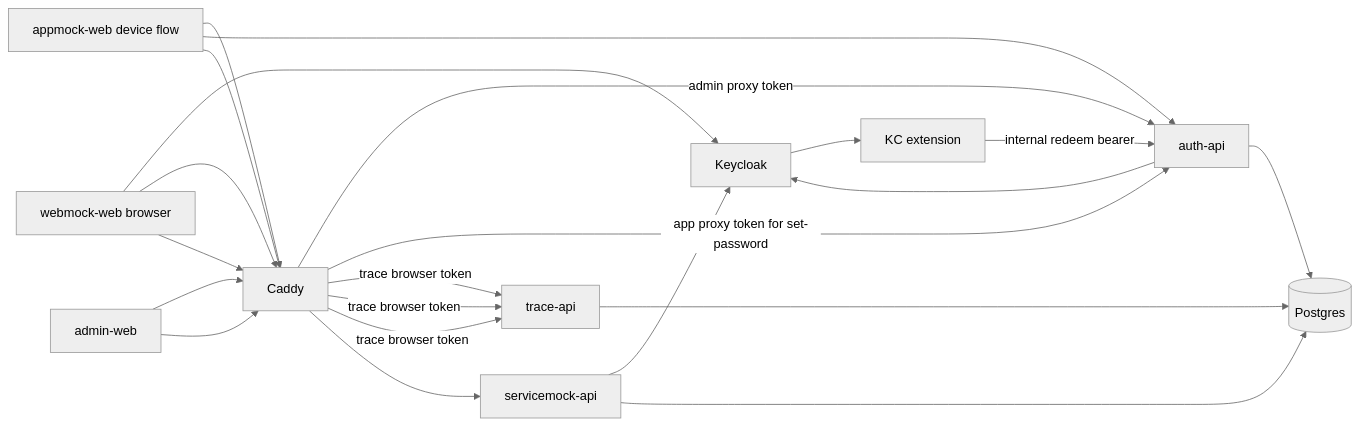
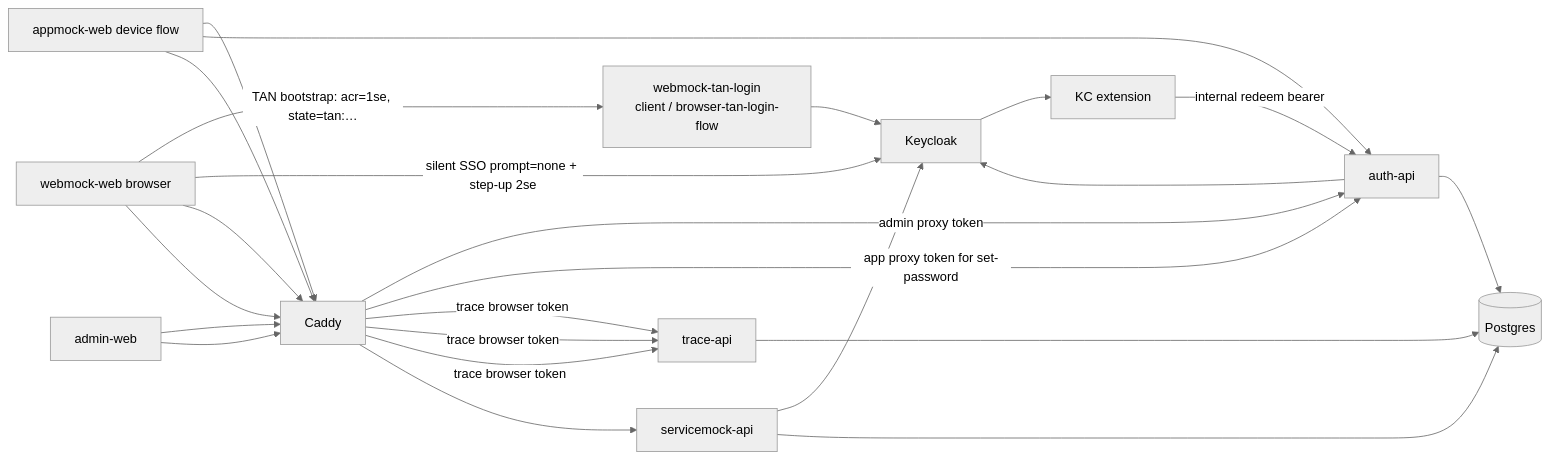
Before and after one commit to rpreissel/auth-sandbox-2: the diagram in ADR_REGISTRATION_STEPUP_ARCHITECTURE.md, drawn with Mermaid (neutral theme). The commit also changed 13 other files, not shown here.

First line of the commit message:
feat: separate TAN bootstrap from step-up, add password login

````diff
--- a/ADR_REGISTRATION_STEPUP_ARCHITECTURE.md
+++ b/ADR_REGISTRATION_STEPUP_ARCHITECTURE.md
@@ -196,29 +196,31 @@
 ```mermaid
 flowchart LR
   Browser[webmock-web browser]
   Device[appmock-web device flow]
   Admin[admin-web]
   Caddy[Caddy]
   Auth[auth-api]
   Trace[trace-api]
   Mock[servicemock-api]
   KC[Keycloak]
   Ext[KC extension]
   DB[(Postgres)]
+  TanClient[webmock-tan-login\nclient / browser-tan-login-flow]
 
   Admin --> Caddy -->|admin proxy token| Auth
   Device --> Caddy -->|app proxy token for set-password| Auth
   Device --> Auth
-  Browser --> KC
+  Browser -->|TAN bootstrap: acr=1se, state=tan:…| TanClient --> KC
+  Browser -->|silent SSO prompt=none + step-up 2se| KC
   Browser --> Caddy -->|trace browser token| Trace
   Device --> Caddy -->|trace browser token| Trace
   Admin --> Caddy -->|trace browser token| Trace
   Browser --> Caddy --> Mock
   Mock --> KC
   Auth --> KC
   Auth --> DB
   Trace --> DB
   Mock --> DB
   KC --> Ext
   Ext -->|internal redeem bearer| Auth
 ```
````
